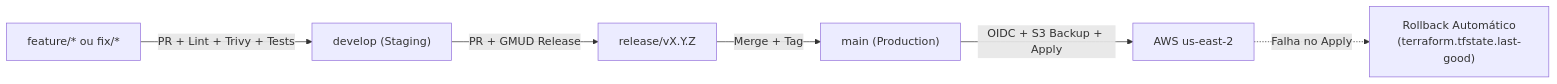
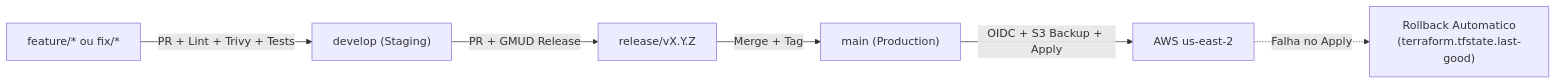
Before and after one commit to Sorobanerp/pfm-docs: the third of 3 diagrams in docs/operations/sre-finops.md, drawn with Mermaid. The commit also changed other lines of this file and 28 other files, not shown here.

````diff
--- a/docs/operations/sre-finops.md
+++ b/docs/operations/sre-finops.md
@@ -246,8 +246,8 @@
 ```mermaid
 flowchart LR
     DEV["feature/* ou fix/*"] -->|PR + Lint + Trivy + Tests| DEVELOP["develop (Staging)"]
     DEVELOP -->|PR + GMUD Release| RELEASE["release/vX.Y.Z"]
     RELEASE -->|Merge + Tag| MAIN["main (Production)"]
     MAIN -->|OIDC + S3 Backup + Apply| PROD["AWS us-east-2"]
-    PROD -.->|Falha no Apply| ROLLBACK["Rollback Automático<br/>(terraform.tfstate.last-good)"]
+    PROD -.->|Falha no Apply| ROLLBACK["Rollback Automatico<br/>(terraform.tfstate.last-good)"]
 ```
````
